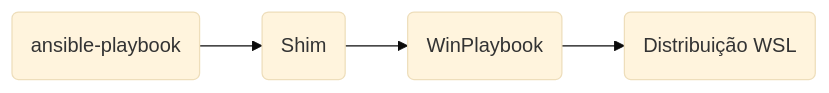
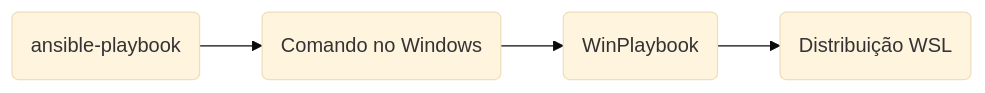
Before and after one commit to LeonardoSextare/WinPlaybook: the first of 2 diagrams in docs/pt-br/how-it-works.md, drawn with Mermaid (base theme). The commit also changed other lines of this file and 81 other files, not shown here.

````diff
--- a/docs/pt-br/how-it-works.md
+++ b/docs/pt-br/how-it-works.md
@@ -8,4 +8,4 @@
 ```mermaid
 flowchart LR
-    command("ansible-playbook") --> shim("Shim") --> module("WinPlaybook") --> distro("Distribuição WSL")
+    command("ansible-playbook") --> shim("Comando no Windows") --> module("WinPlaybook") --> distro("Distribuição WSL")
 ```
````
